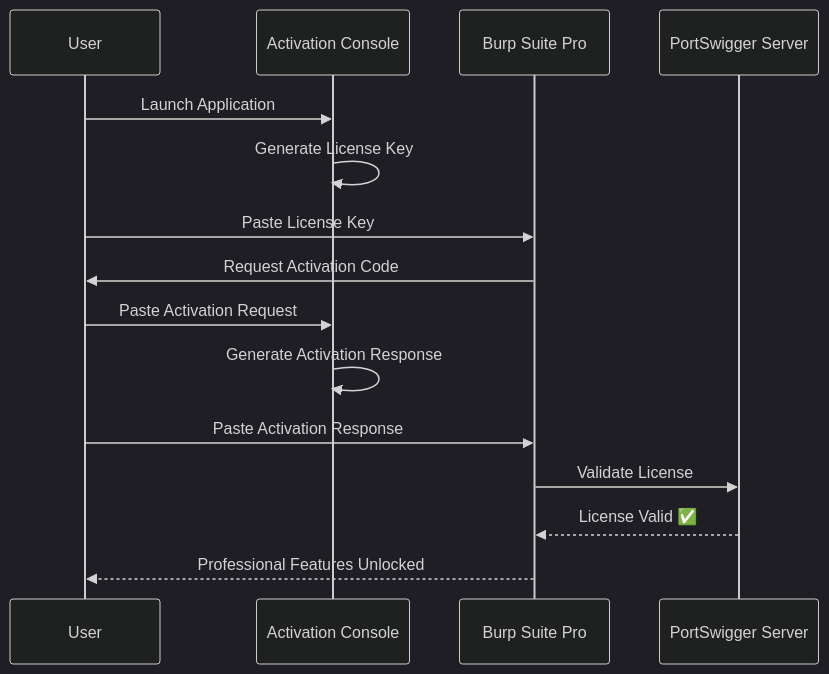
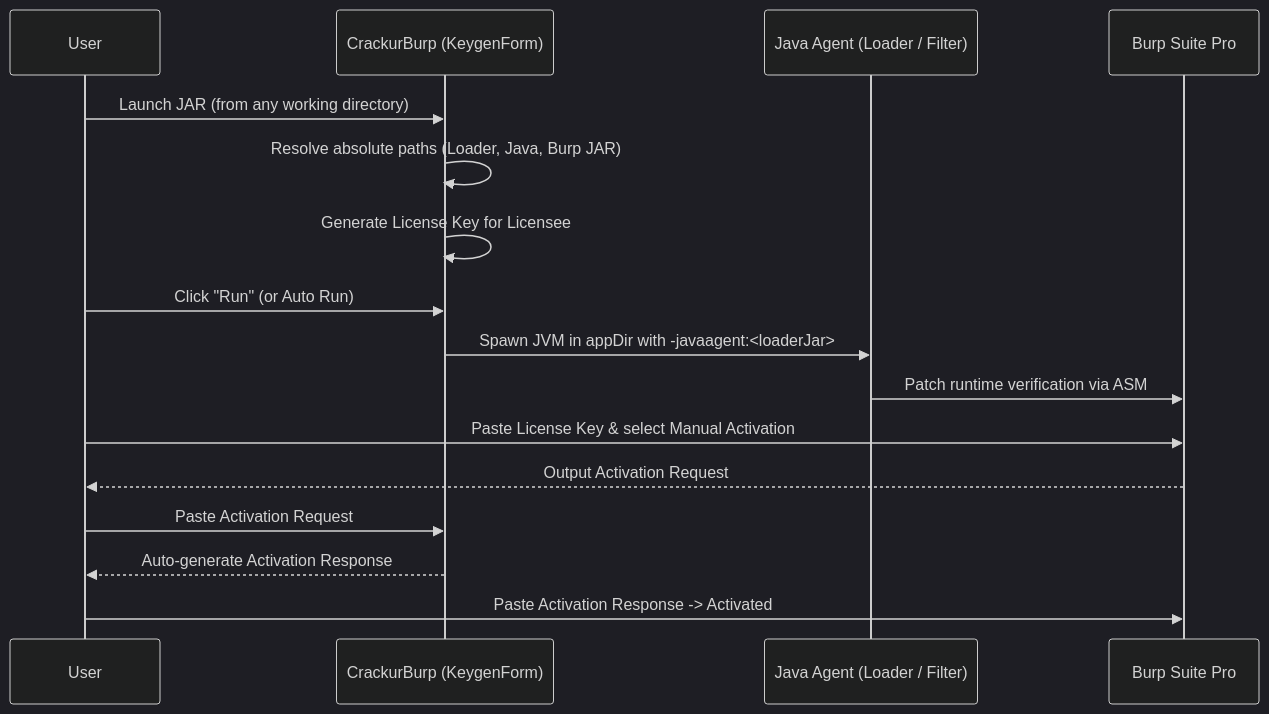
One commit to joelindra/CrackurBurp changed the diagram in README.md. Above: the diagram before and after it, drawn with Mermaid (dark theme). The commit also changed other lines of this file, not shown here.

````diff
--- a/README.md
+++ b/README.md
@@ -21,18 +13,19 @@
 ```mermaid
 sequenceDiagram
     participant User
-    participant App as Activation Console
+    participant Console as CrackurBurp (KeygenForm)
+    participant Agent as Java Agent (Loader / Filter)
     participant Burp as Burp Suite Pro
-    participant Server as PortSwigger Server
 
-    User->>App: Launch Application
-    App->>App: Generate License Key
-    User->>Burp: Paste License Key
-    Burp->>User: Request Activation Code
-    User->>App: Paste Activation Request
-    App->>App: Generate Activation Response
-    User->>Burp: Paste Activation Response
-    Burp->>Server: Validate License
-    Server-->>Burp: License Valid ✅
-    Burp-->>User: Professional Features Unlocked
+    User->>Console: Launch JAR (from any working directory)
+    Console->>Console: Resolve absolute paths (Loader, Java, Burp JAR)
+    Console->>Console: Generate License Key for Licensee
+    User->>Console: Click "Run" (or Auto Run)
+    Console->>Agent: Spawn JVM in appDir with -javaagent:<loaderJar>
+    Agent->>Burp: Patch runtime verification via ASM
+    User->>Burp: Paste License Key & select Manual Activation
+    Burp-->>User: Output Activation Request
+    User->>Console: Paste Activation Request
+    Console-->>User: Auto-generate Activation Response
+    User->>Burp: Paste Activation Response -> Activated
 ```
````
